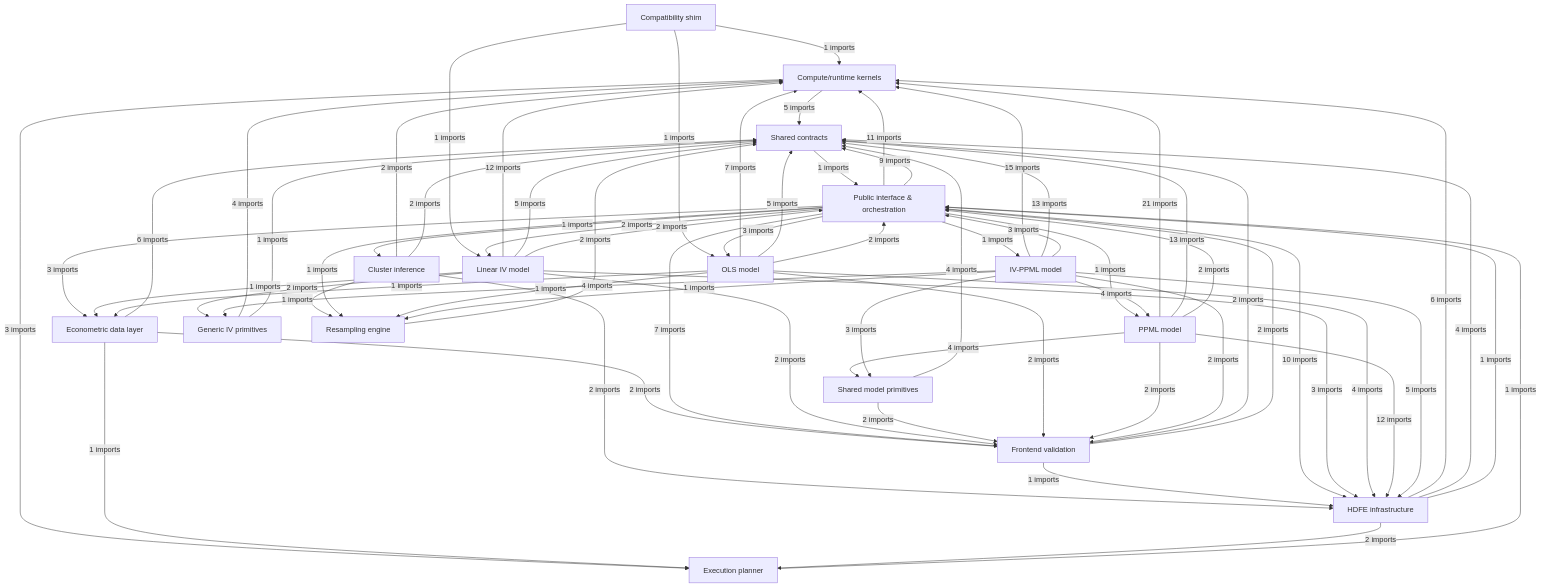
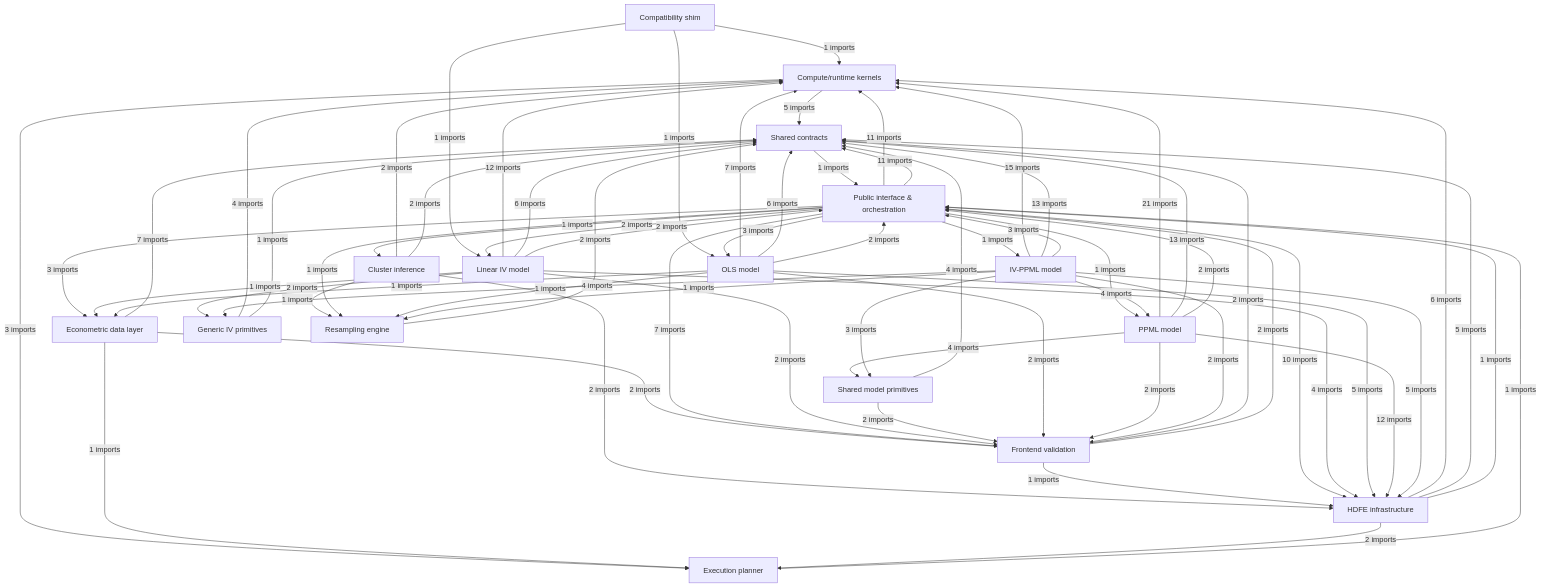
One commit to asggvhwgw-glitch/EconHDFE changed the first of 8 diagrams in docs/development/architecture-map/architecture.md. Above: the diagram before and after it, drawn with Mermaid. The commit also changed other lines of this file and 41 other files, not shown here.

```diff
--- a/docs/development/architecture-map/architecture.md
+++ b/docs/development/architecture-map/architecture.md
@@ -34,19 +34,19 @@
   n_compute -->|"5 imports"| n_contracts
   n_compute -->|"3 imports"| n_planner
   n_contracts -->|"1 imports"| n_interface
-  n_data -->|"6 imports"| n_contracts
+  n_data -->|"7 imports"| n_contracts
   n_data -->|"2 imports"| n_frontend
   n_data -->|"1 imports"| n_planner
   n_frontend -->|"2 imports"| n_contracts
   n_frontend -->|"1 imports"| n_hdfe
   n_frontend -->|"2 imports"| n_interface
   n_hdfe -->|"6 imports"| n_compute
-  n_hdfe -->|"4 imports"| n_contracts
+  n_hdfe -->|"5 imports"| n_contracts
   n_hdfe -->|"1 imports"| n_interface
   n_hdfe -->|"2 imports"| n_planner
   n_interface -->|"1 imports"| n_cluster_inference
   n_interface -->|"11 imports"| n_compute
-  n_interface -->|"9 imports"| n_contracts
+  n_interface -->|"11 imports"| n_contracts
   n_interface -->|"3 imports"| n_data
   n_interface -->|"7 imports"| n_frontend
   n_interface -->|"10 imports"| n_hdfe
@@ -58,19 +58,19 @@
   n_iv -->|"4 imports"| n_compute
   n_iv -->|"1 imports"| n_contracts
   n_linear_iv -->|"12 imports"| n_compute
-  n_linear_iv -->|"5 imports"| n_contracts
+  n_linear_iv -->|"6 imports"| n_contracts
   n_linear_iv -->|"1 imports"| n_data
   n_linear_iv -->|"2 imports"| n_frontend
-  n_linear_iv -->|"3 imports"| n_hdfe
+  n_linear_iv -->|"4 imports"| n_hdfe
   n_linear_iv -->|"2 imports"| n_interface
   n_linear_iv -->|"2 imports"| n_iv
   n_model_shared -->|"4 imports"| n_contracts
   n_model_shared -->|"2 imports"| n_frontend
   n_ols -->|"7 imports"| n_compute
-  n_ols -->|"5 imports"| n_contracts
+  n_ols -->|"6 imports"| n_contracts
   n_ols -->|"1 imports"| n_data
   n_ols -->|"2 imports"| n_frontend
-  n_ols -->|"4 imports"| n_hdfe
+  n_ols -->|"5 imports"| n_hdfe
   n_ols -->|"2 imports"| n_interface
   n_ols -->|"1 imports"| n_resampling
   n_planner -->|"1 imports"| n_interface
```
